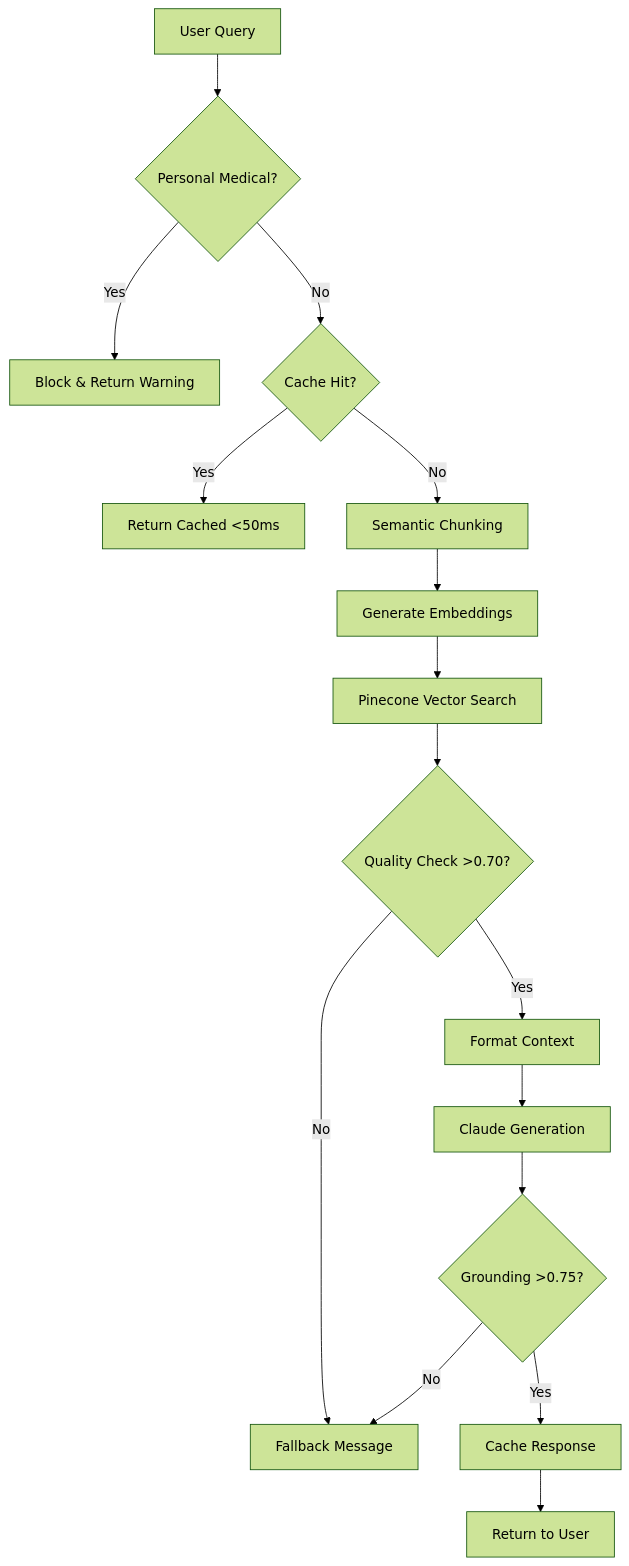
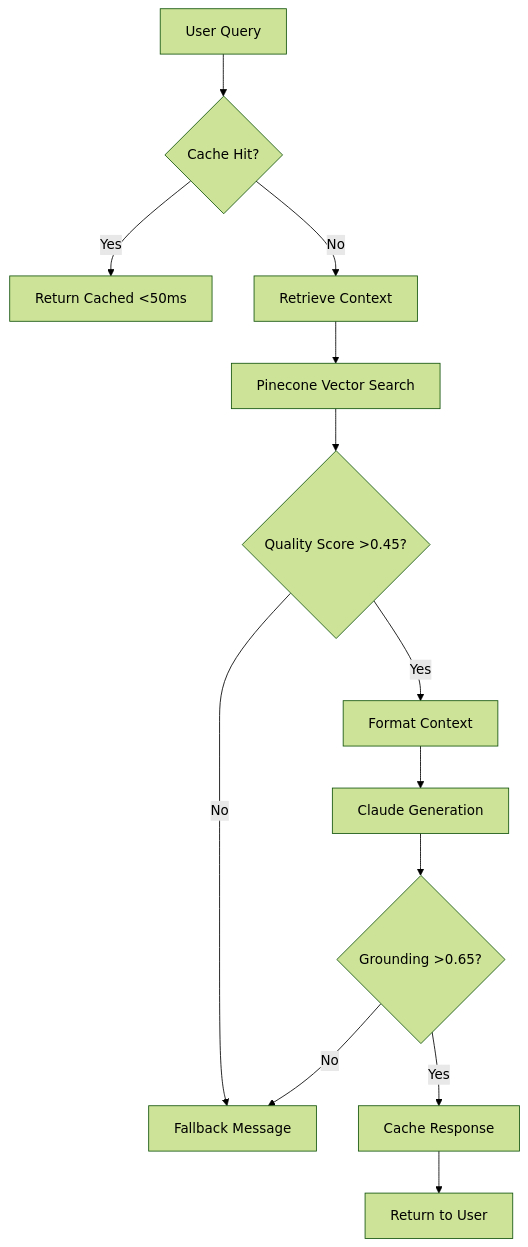
One commit to jscaldwell55/safe_llama_assistant changed the diagram in README.md. Above: the diagram before and after it, drawn with Mermaid (forest theme). The commit also changed other lines of this file and 2 other files, not shown here.

````diff
--- a/README.md
+++ b/README.md
@@ -54,18 +43,15 @@
 ```mermaid
 graph TD
-    A[User Query] --> B{Personal Medical?}
-    B -->|Yes| C[Block & Return Warning]
-    B -->|No| D{Cache Hit?}
-    D -->|Yes| E[Return Cached <50ms]
-    D -->|No| F[Semantic Chunking]
-    F --> G[Generate Embeddings]
-    G --> H[Pinecone Vector Search]
-    H --> I{Quality Check >0.70?}
-    I -->|No| J[Fallback Message]
-    I -->|Yes| K[Format Context]
-    K --> L[Claude Generation]
-    L --> M{Grounding >0.75?}
-    M -->|No| J
-    M -->|Yes| N[Cache Response]
-    N --> O[Return to User]
+    A[User Query] --> B{Cache Hit?}
+    B -->|Yes| C[Return Cached <50ms]
+    B -->|No| D[Retrieve Context]
+    D --> E[Pinecone Vector Search]
+    E --> F{Quality Score >0.45?}
+    F -->|No| G[Fallback Message]
+    F -->|Yes| H[Format Context]
+    H --> I[Claude Generation]
+    I --> J{Grounding >0.65?}
+    J -->|No| G
+    J -->|Yes| K[Cache Response]
+    K --> L[Return to User]
 ```
````
